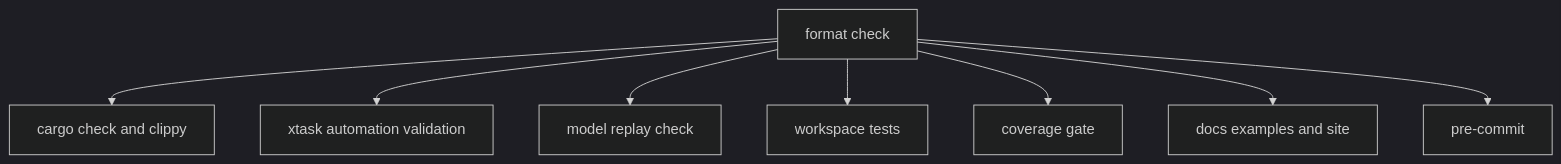
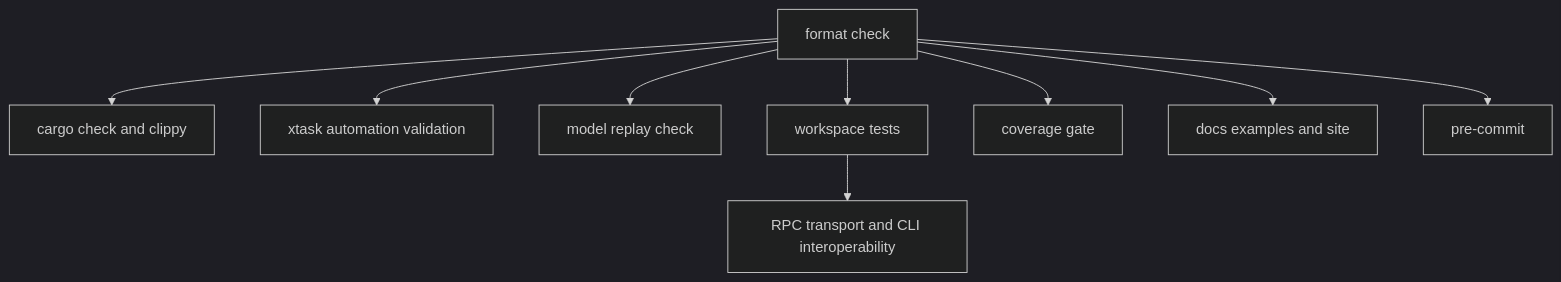
One commit to Wh1isper/starweaver changed the diagram in spec/ops/01-ci-readiness.md. Above: the diagram before and after it, drawn with Mermaid (dark theme). The commit also changed other lines of this file and 106 other files, not shown here.

````diff
--- a/spec/ops/01-ci-readiness.md
+++ b/spec/ops/01-ci-readiness.md
@@ -7,19 +7,21 @@
 ```mermaid
 flowchart TD
     fmt[format check]
     check[cargo check and clippy]
     scripts[xtask automation validation]
     replay[model replay check]
     tests[workspace tests]
+    rpc[RPC transport and CLI interoperability]
     coverage[coverage gate]
     docs[docs examples and site]
     precommit[pre-commit]
 
     fmt --> check
     fmt --> scripts
     fmt --> replay
     fmt --> tests
+    tests --> rpc
     fmt --> coverage
     fmt --> docs
     fmt --> precommit
 ```
````
